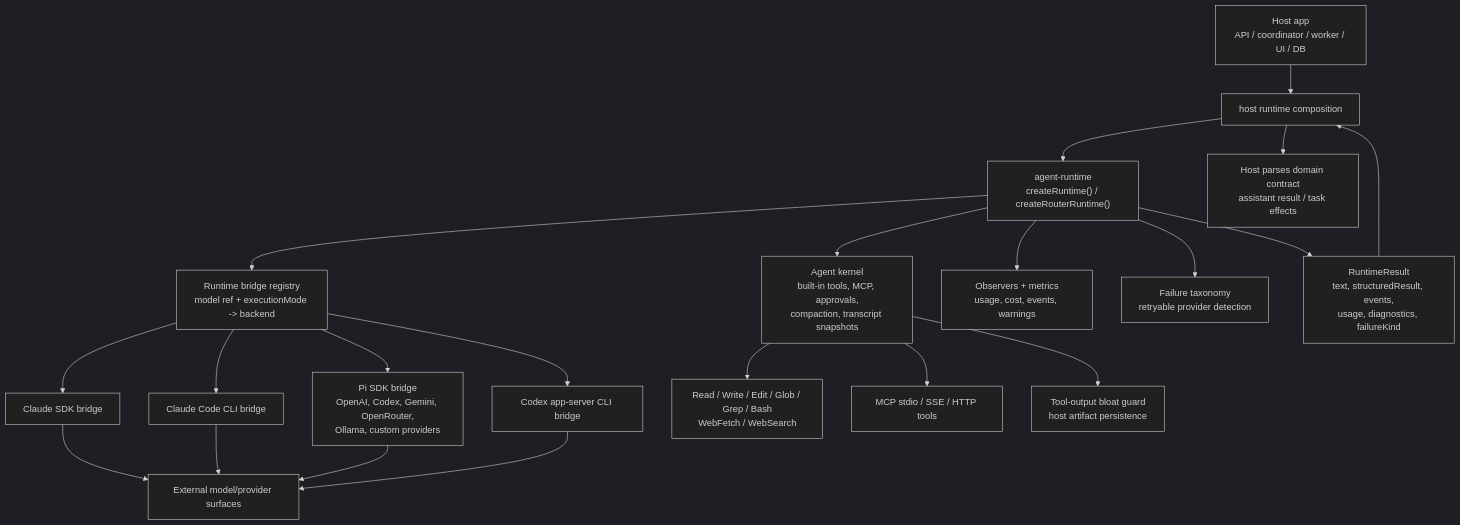
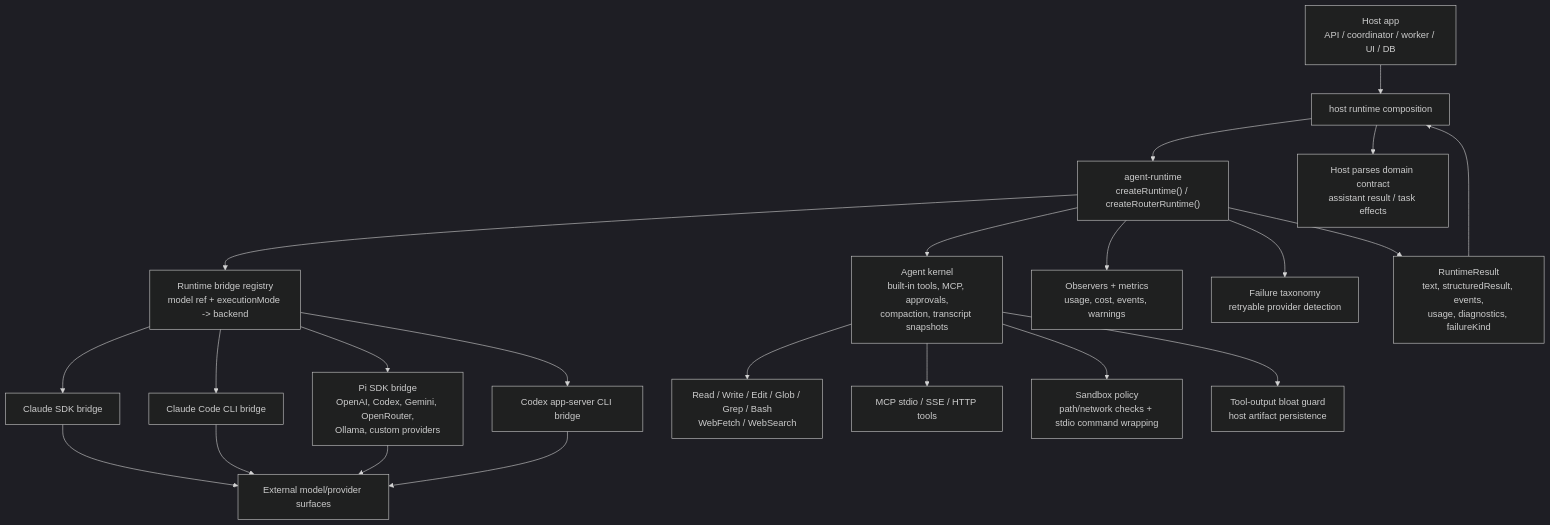
The first of 5 diagrams in packages/agent-runtime/ARCHITECTURE.md (robertsreberski/mono-agent), drawn with Mermaid (dark theme) before and after one commit. The commit also changed other lines of this file and 43 other files, not shown here.

First line of the commit message:
[codex] add sandbox policy package (#3)

````diff
--- a/packages/agent-runtime/ARCHITECTURE.md
+++ b/packages/agent-runtime/ARCHITECTURE.md
@@ -21,29 +22,30 @@
 ```mermaid
 flowchart TB
   HostApp["Host app<br/>API / coordinator / worker / UI / DB"] --> CoreAI["host runtime composition"]
 
   CoreAI --> Runtime["agent-runtime<br/>createRuntime() / createRouterRuntime()"]
 
   Runtime --> Registry["Runtime bridge registry<br/>model ref + executionMode -> backend"]
   Runtime --> AgentKernel["Agent kernel<br/>built-in tools, MCP, approvals,<br/>compaction, transcript snapshots"]
   Runtime --> Observability["Observers + metrics<br/>usage, cost, events, warnings"]
   Runtime --> Failure["Failure taxonomy<br/>retryable provider detection"]
 
   Registry --> ClaudeSDK["Claude SDK bridge"]
   Registry --> ClaudeCLI["Claude Code CLI bridge"]
   Registry --> PiSDK["Pi SDK bridge<br/>OpenAI, Codex, Gemini, OpenRouter,<br/>Ollama, custom providers"]
   Registry --> CodexApp["Codex app-server CLI bridge"]
 
   AgentKernel --> Builtins["Read / Write / Edit / Glob / Grep / Bash<br/>WebFetch / WebSearch"]
   AgentKernel --> MCP["MCP stdio / SSE / HTTP tools"]
+  AgentKernel --> Sandbox["Sandbox policy<br/>path/network checks + stdio command wrapping"]
   AgentKernel --> Artifacts["Tool-output bloat guard<br/>host artifact persistence"]
 
   ClaudeSDK --> Providers["External model/provider surfaces"]
   ClaudeCLI --> Providers
   PiSDK --> Providers
   CodexApp --> Providers
 
   Runtime --> Result["RuntimeResult<br/>text, structuredResult, events,<br/>usage, diagnostics, failureKind"]
   Result --> CoreAI
   CoreAI --> HostContract["Host parses domain contract<br/>assistant result / task effects"]
 ```
````
